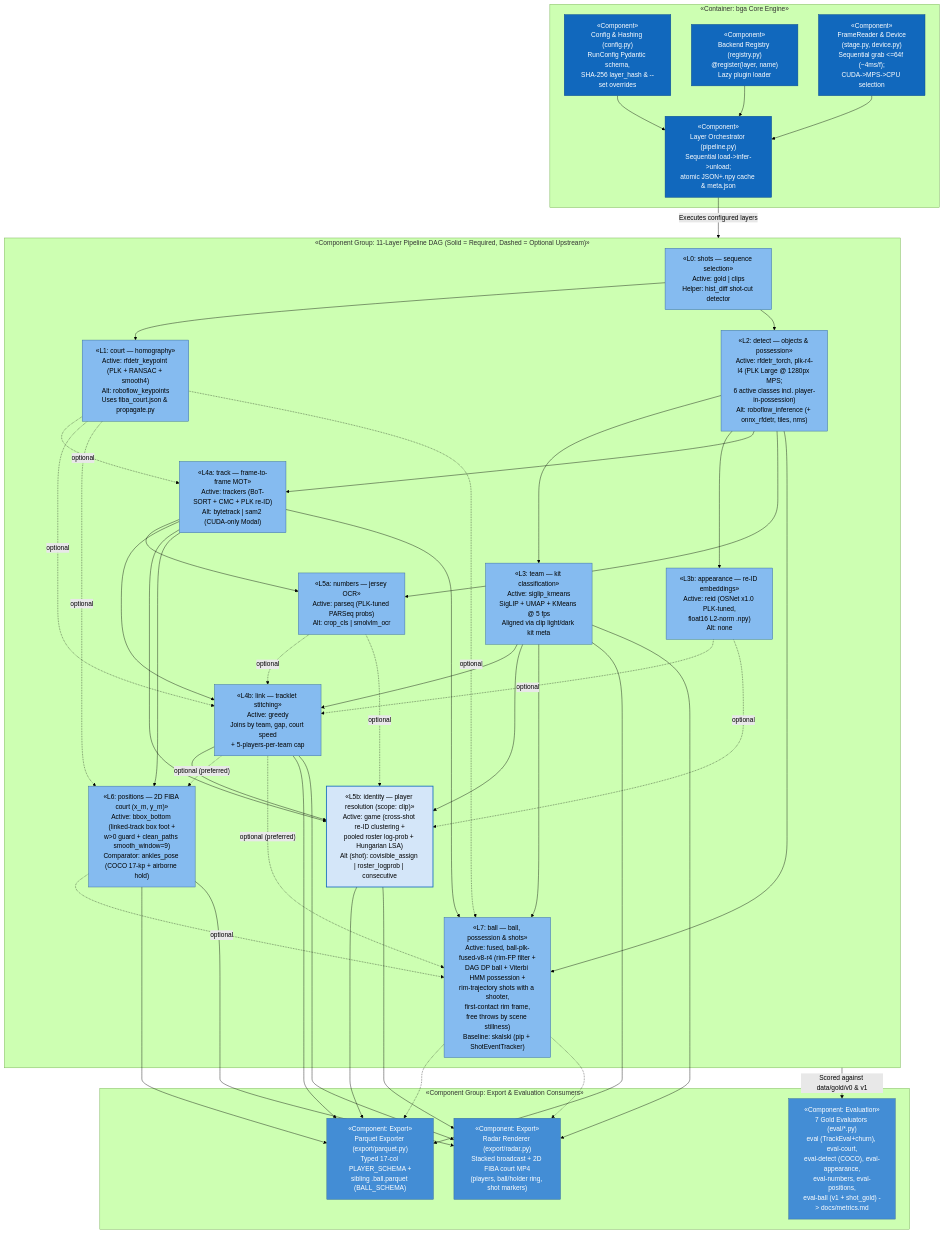
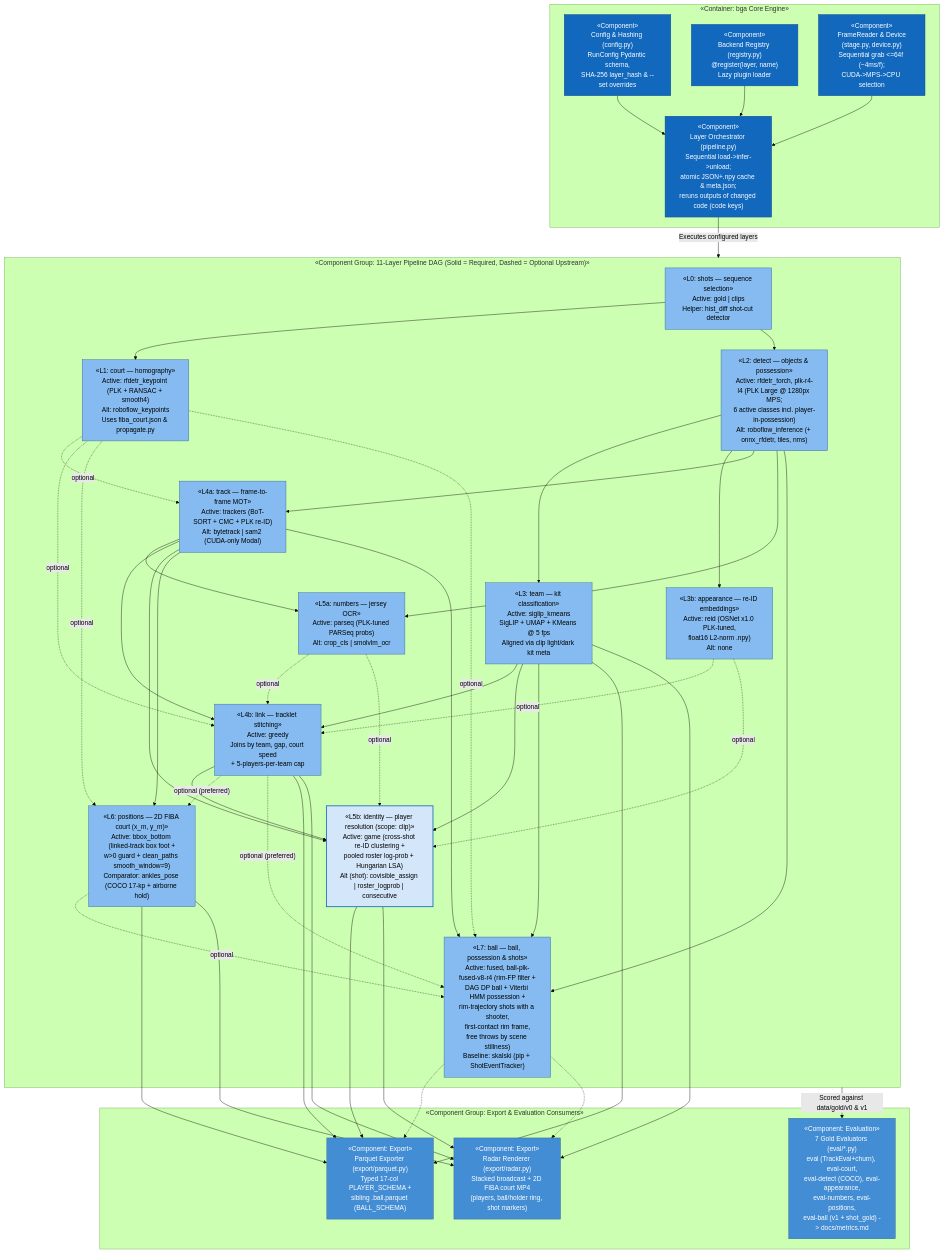
The third of 6 diagrams in docs/architecture-c4-view.md (tko-ventures/basketball-game-analyzer), drawn with Mermaid (forest theme) before and after one commit. The commit also changed 7 other files, not shown here.

First line of the commit message:
Hardening (#52): rerun cached layer outputs made by other code (#56)

```diff
--- a/docs/architecture-c4-view.md
+++ b/docs/architecture-c4-view.md
@@ -141,7 +141,7 @@
     subgraph core["«Container: bga Core Engine»"]
         cfg["«Component»\nConfig & Hashing (config.py)\nRunConfig Pydantic schema,\nSHA-256 layer_hash & --set overrides"]:::engine
         reg["«Component»\nBackend Registry (registry.py)\n@register(layer, name)\nLazy plugin loader"]:::engine
-        orch["«Component»\nLayer Orchestrator (pipeline.py)\nSequential load->infer->unload;\natomic JSON+.npy cache & meta.json"]:::engine
+        orch["«Component»\nLayer Orchestrator (pipeline.py)\nSequential load->infer->unload;\natomic JSON+.npy cache & meta.json;\nreruns outputs of changed code (code keys)"]:::engine
         reader["«Component»\nFrameReader & Device\n(stage.py, device.py)\nSequential grab <=64f (~4ms/f);\nCUDA->MPS->CPU selection"]:::engine
         cfg --> orch
         reg --> orch
```
